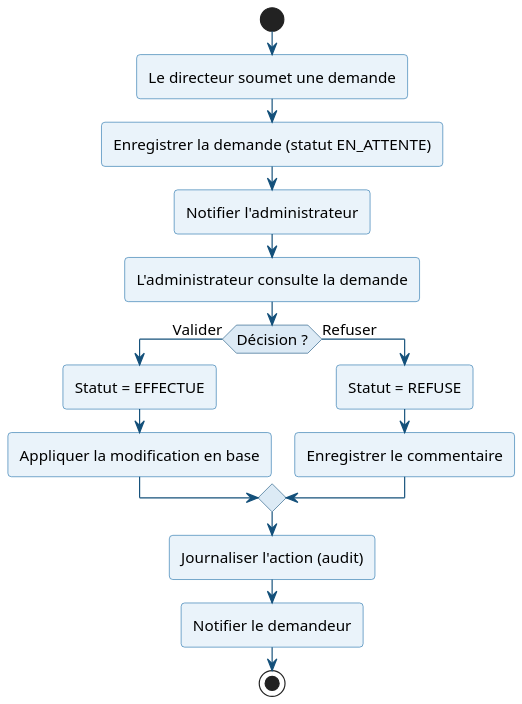
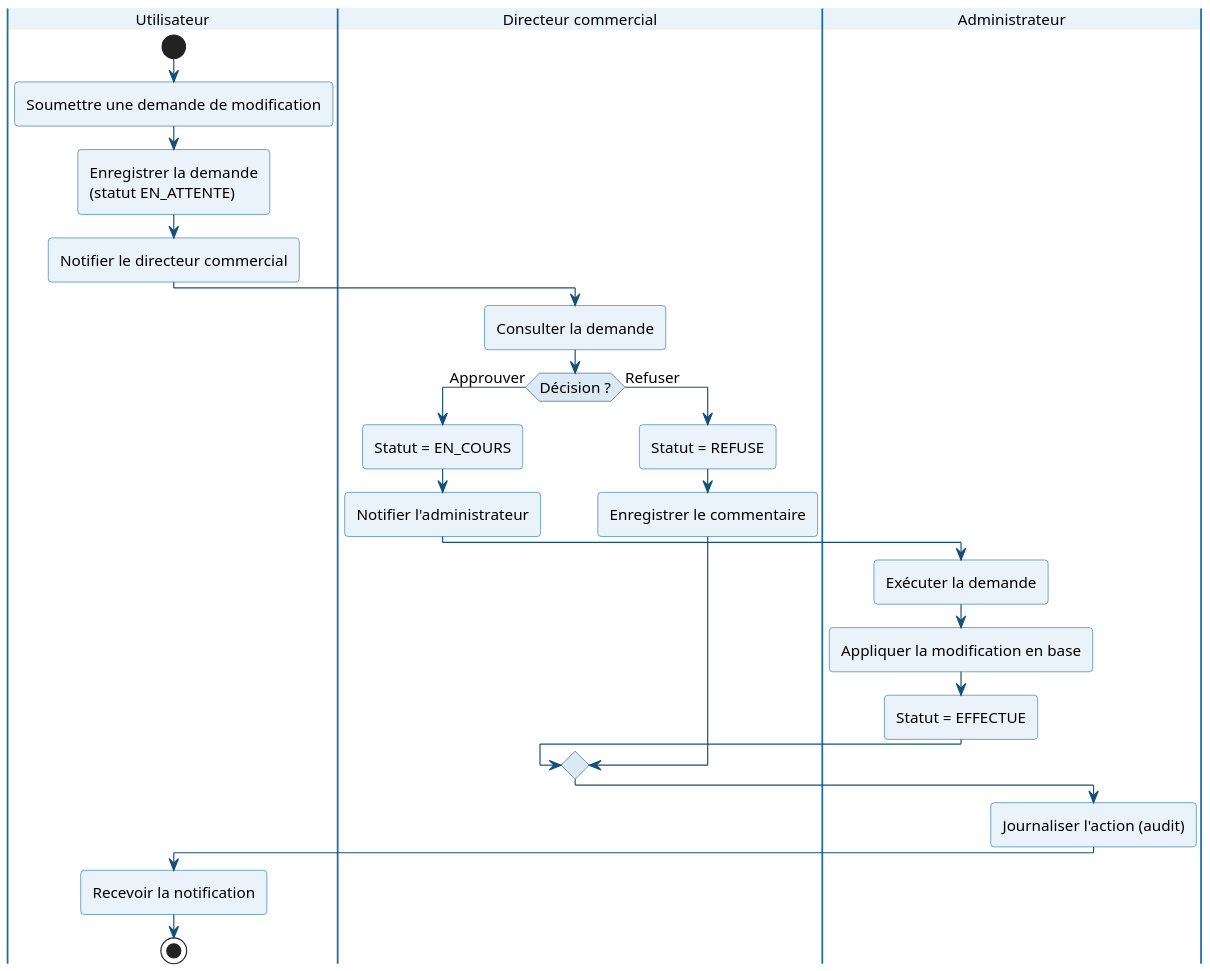
Before and after one commit to ZizouX0/oussema_korbosli: the diagram in rapport-latex/diagrams/activity_demande.puml, drawn with PlantUML. The commit also changed 20 other files, not shown here.

```diff
--- a/rapport-latex/diagrams/activity_demande.puml
+++ b/rapport-latex/diagrams/activity_demande.puml
@@ -1,31 +1,48 @@
 @startuml
 
 skinparam dpi 150
 skinparam shadowing false
 skinparam DefaultFontName Arial
 skinparam DefaultFontSize 13
 skinparam ArrowColor #14507A
 skinparam roundCorner 6
 
 skinparam activity {
   BackgroundColor #EAF3FA
   BorderColor #1B6CA8
   DiamondBackgroundColor #DCEAF5
   DiamondBorderColor #14507A
 }
+skinparam swimlane {
+  BorderColor #1B6CA8
+  TitleBackgroundColor #EAF3FA
+}
+
+|Utilisateur|
 start
-:Le directeur soumet une demande;
-:Enregistrer la demande (statut EN_ATTENTE);
-:Notifier l'administrateur;
-:L'administrateur consulte la demande;
-if (Décision ?) then (Valider)
+:Soumettre une demande de modification;
+:Enregistrer la demande\n(statut EN_ATTENTE);
+:Notifier le directeur commercial;
+
+|Directeur commercial|
+:Consulter la demande;
+if (Décision ?) then (Approuver)
+  :Statut = EN_COURS;
+  :Notifier l'administrateur;
+  |Administrateur|
+  :Exécuter la demande;
+  :Appliquer la modification en base;
   :Statut = EFFECTUE;
-  :Appliquer la modification en base;
 else (Refuser)
+  |Directeur commercial|
   :Statut = REFUSE;
   :Enregistrer le commentaire;
 endif
+
+|Administrateur|
 :Journaliser l'action (audit);
-:Notifier le demandeur;
+
+|Utilisateur|
+:Recevoir la notification;
 stop
 @enduml
```
